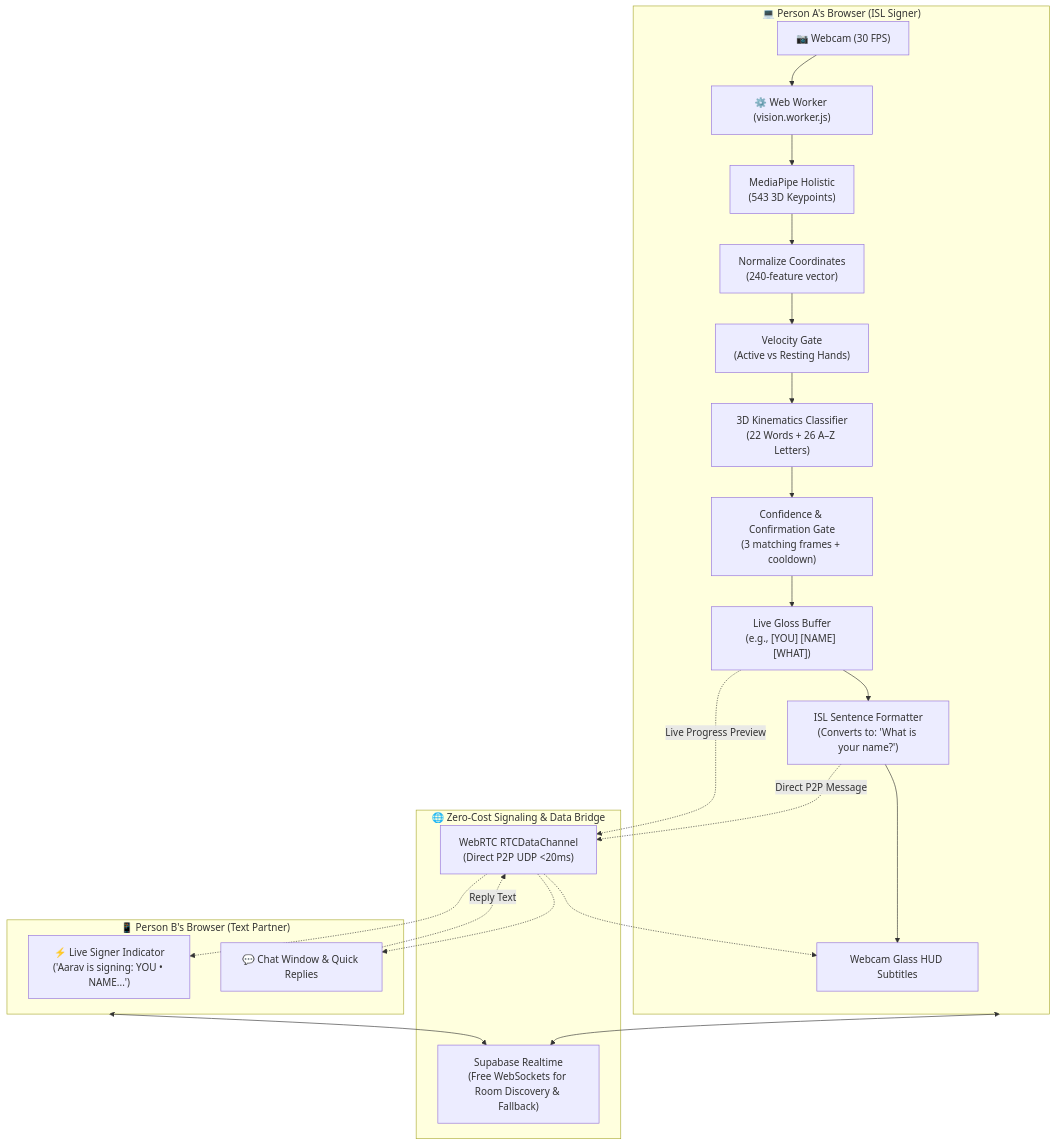
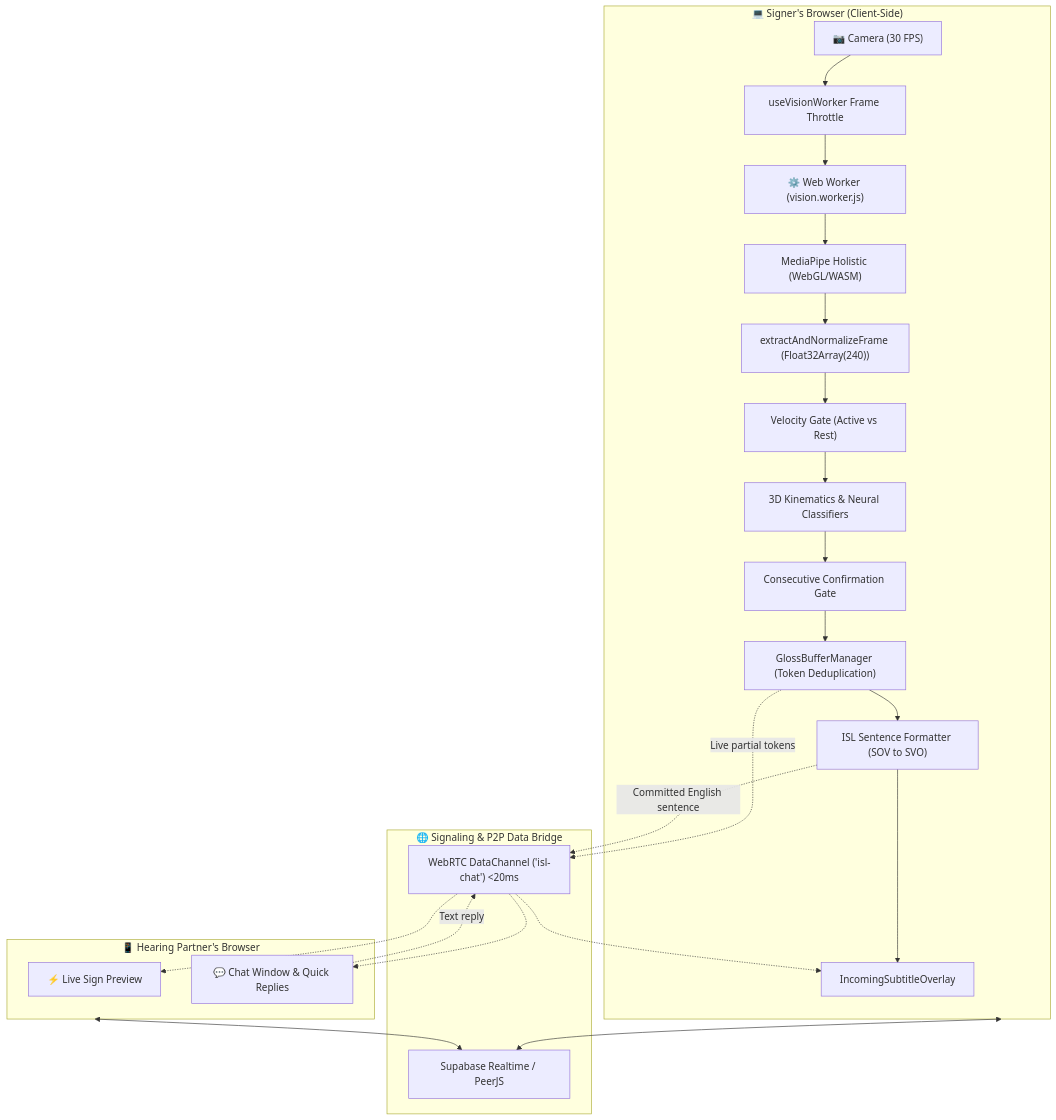
Before and after one commit to vickysahuhere/signbridge: the second of 5 diagrams in README.md, drawn with Mermaid. The commit also changed other lines of this file and 12 other files, not shown here.

Commit message:
perf(vision): dynamic face gating - bypass 478-pt face mesh for non-facial signs for 60fps tracking

````diff
--- a/README.md
+++ b/README.md
@@ -132,33 +155,34 @@
 ```mermaid
 flowchart TD
-    subgraph SignerSide["💻 Person A's Browser (ISL Signer)"]
-        Cam["📷 Webcam (30 FPS)"] --> Worker["⚙️ Web Worker (vision.worker.js)"]
-        Worker --> MP["MediaPipe Holistic\n(543 3D Keypoints)"]
-        MP --> Norm["Normalize Coordinates\n(240-feature vector)"]
-        Norm --> Vel["Velocity Gate\n(Active vs Resting Hands)"]
-        Vel --> AI["3D Kinematics Classifier\n(22 Words + 26 A–Z Letters)"]
-        AI --> Conf["Confidence & Confirmation Gate\n(3 matching frames + cooldown)"]
-        Conf --> Buf["Live Gloss Buffer\n(e.g., [YOU] [NAME] [WHAT])"]
-        Buf --> NLP["ISL Sentence Formatter\n(Converts to: 'What is your name?')"]
-        NLP --> HUD["Webcam Glass HUD Subtitles"]
+    subgraph SignerBrowser["💻 Signer's Browser (Client-Side)"]
+        Cam["📷 Camera (30 FPS)"] --> WBridge["useVisionWorker Frame Throttle"]
+        WBridge --> Worker["⚙️ Web Worker (vision.worker.js)"]
+        Worker --> MP["MediaPipe Holistic (WebGL/WASM)"]
+        MP --> Norm["extractAndNormalizeFrame (Float32Array(240))"]
+        Norm --> VGate["Velocity Gate (Active vs Rest)"]
+        VGate --> AI["3D Kinematics & Neural Classifiers"]
+        AI --> Hyst["Consecutive Confirmation Gate"]
+        Hyst --> Buffer["GlossBufferManager (Token Deduplication)"]
+        Buffer --> NLP["ISL Sentence Formatter (SOV to SVO)"]
+        NLP --> HUD["IncomingSubtitleOverlay"]
     end
 
-    subgraph Connection["🌐 Zero-Cost Signaling & Data Bridge"]
-        Supa["Supabase Realtime\n(Free WebSockets for Room Discovery & Fallback)"]
-        P2P["WebRTC RTCDataChannel\n(Direct P2P UDP <20ms)"]
+    subgraph NetworkLayer["🌐 Signaling & P2P Data Bridge"]
+        Signaling["Supabase Realtime / PeerJS"]
+        DataChannel["WebRTC DataChannel ('isl-chat') <20ms"]
     end
 
-    subgraph PartnerSide["📱 Person B's Browser (Text Partner)"]
-        Preview["⚡ Live Signer Indicator\n('Aarav is signing: YOU • NAME...')"]
+    subgraph PartnerBrowser["📱 Hearing Partner's Browser"]
+        Preview["⚡ Live Sign Preview"]
         Chat["💬 Chat Window & Quick Replies"]
     end
 
-    NLP -.->|Direct P2P Message| P2P
-    Buf -.->|Live Progress Preview| P2P
-    P2P -.-> Preview
-    P2P -.-> Chat
-    Chat -.->|Reply Text| P2P
-    P2P -.-> HUD
-    SignerSide <--> Supa
-    PartnerSide <--> Supa
+    Buffer -.->|Live partial tokens| DataChannel
+    NLP -.->|Committed English sentence| DataChannel
+    DataChannel -.-> Preview
+    DataChannel -.-> Chat
+    Chat -.->|Text reply| DataChannel
+    DataChannel -.-> HUD
+    SignerBrowser <--> Signaling
+    PartnerBrowser <--> Signaling
 ```
````
